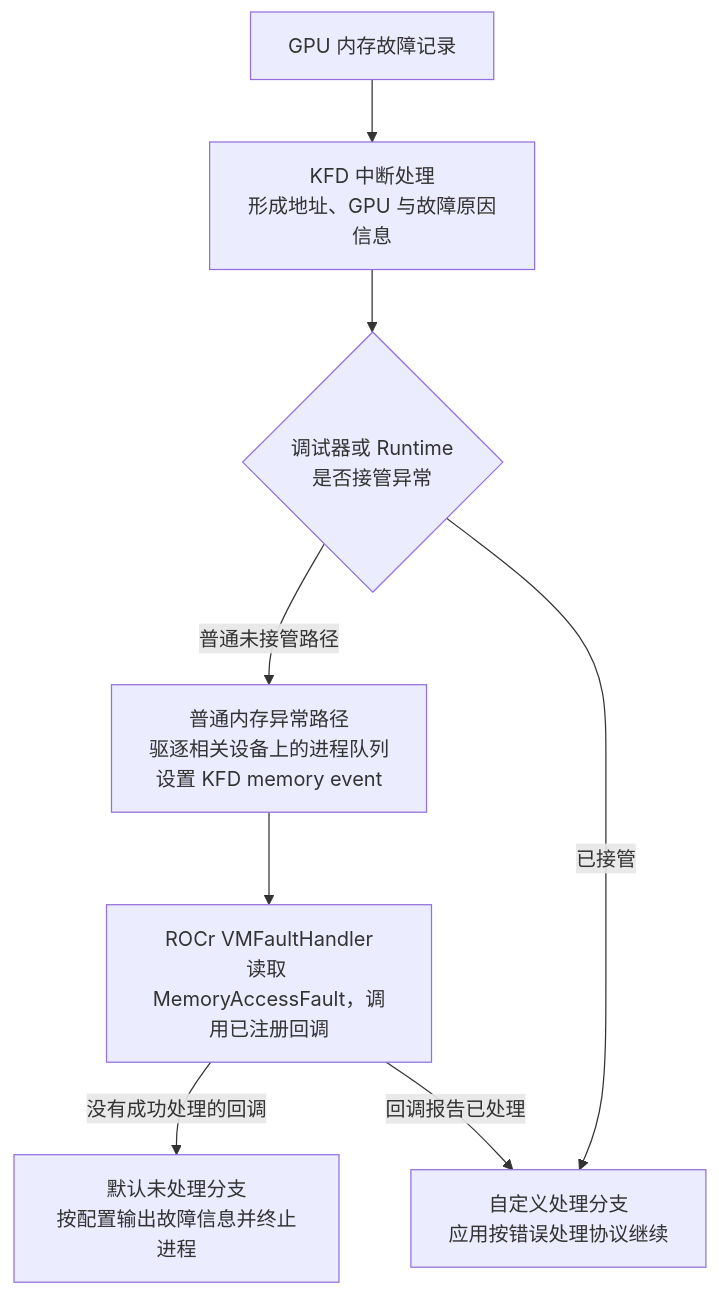
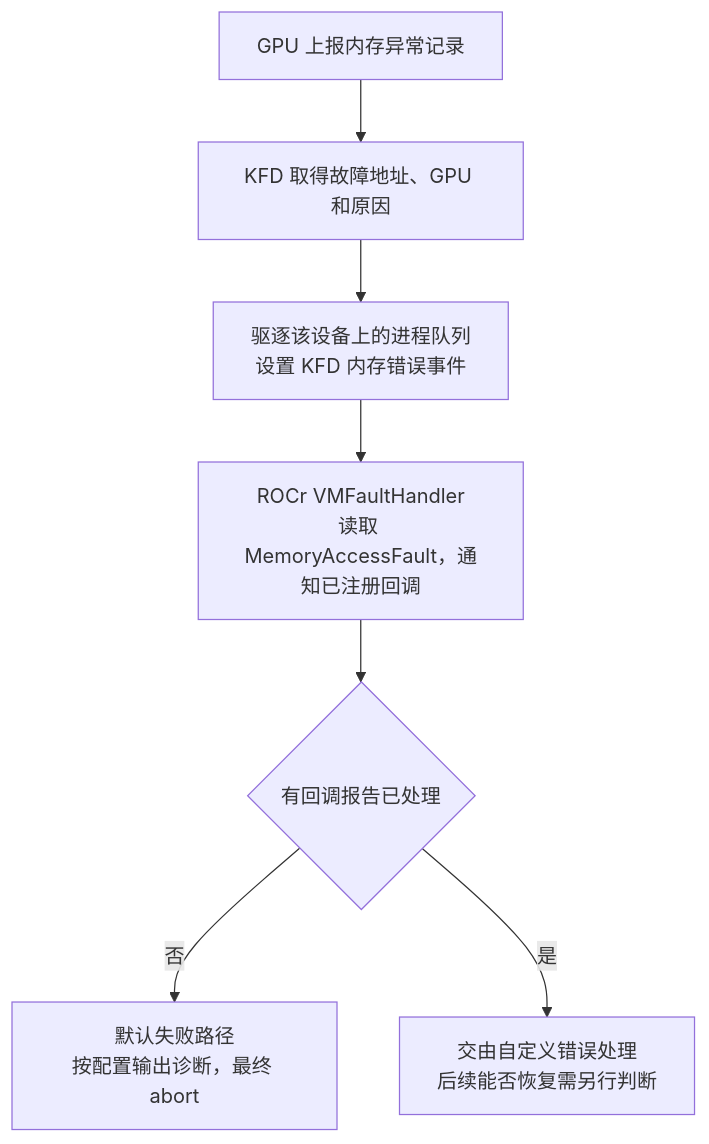
One commit to hxfei-git/gpu-study changed diagram 12 of 13 in 05_HMM 与 SVM：GPU 缺页恢复与页面迁移.md. Above: the diagram before and after it, drawn with Mermaid. The commit also changed other lines of this file and 4 other files, not shown here.

````diff
--- a/05_HMM 与 SVM：GPU 缺页恢复与页面迁移.md
+++ b/05_HMM 与 SVM：GPU 缺页恢复与页面迁移.md
@@ -1645,15 +2488,13 @@
 ```mermaid
 flowchart TD
-    H["GPU 内存故障记录"]
-    K["KFD 中断处理<br/>形成地址、GPU 与故障原因信息"]
-    D{"调试器或 Runtime<br/>是否接管异常"}
-    E["普通内存异常路径<br/>驱逐相关设备上的进程队列<br/>设置 KFD memory event"]
-    R["ROCr VMFaultHandler<br/>读取 MemoryAccessFault，调用已注册回调"]
-    A["默认未处理分支<br/>按配置输出故障信息并终止进程"]
-    C["自定义处理分支<br/>应用按错误处理协议继续"]
-    H --> K --> D
-    D -->|普通未接管路径| E --> R
-    D -->|已接管| C
-    R -->|没有成功处理的回调| A
-    R -->|回调报告已处理| C
+    H["GPU 上报内存异常记录"]
+    K["KFD 取得故障地址、GPU 和原因"]
+    E["驱逐该设备上的进程队列<br/>设置 KFD 内存错误事件"]
+    R["ROCr VMFaultHandler<br/>读取 MemoryAccessFault，通知已注册回调"]
+    D{"有回调报告已处理"}
+    A["默认失败路径<br/>按配置输出诊断，最终 abort"]
+    C["交由自定义错误处理<br/>后续能否恢复需另行判断"]
+    H --> K --> E --> R --> D
+    D -->|否| A
+    D -->|是| C
 ```
````
